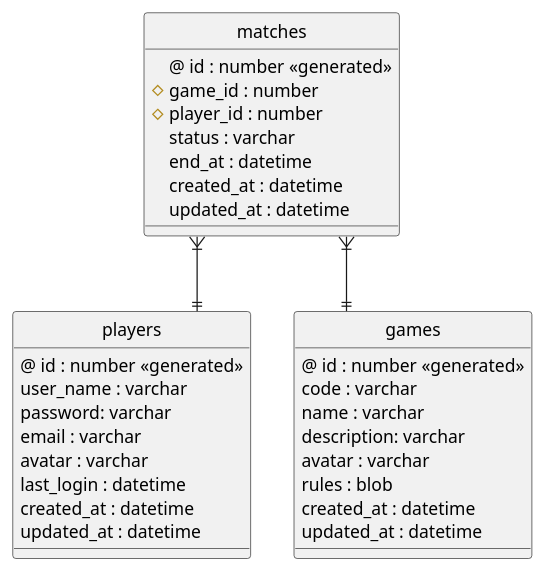
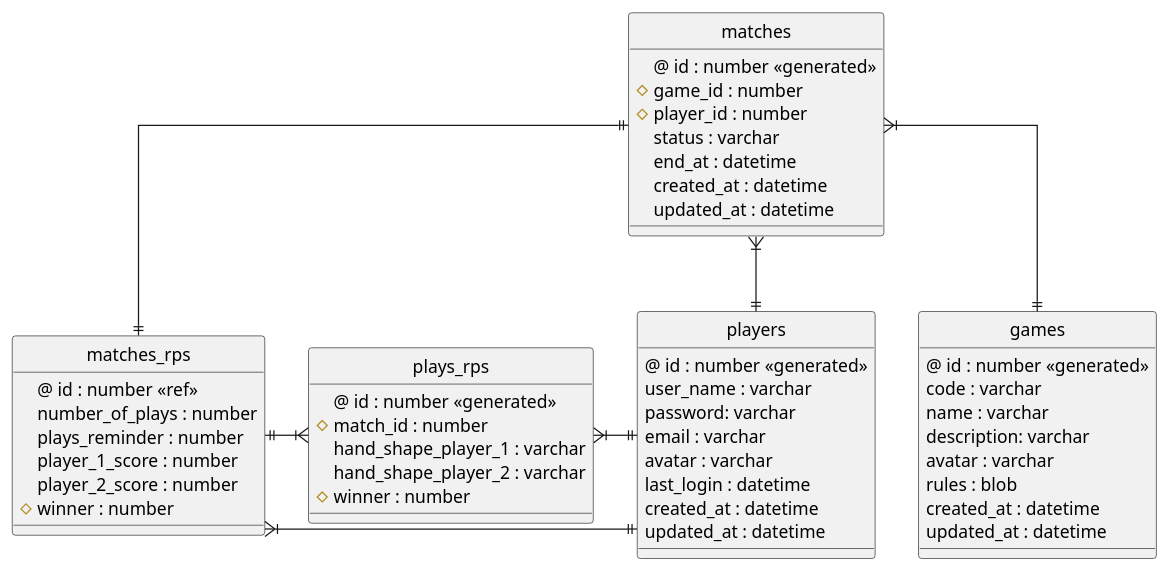
Before and after one commit to LeoLuiten/presentation: the diagram in docs/diagrams/model/der.puml, drawn with PlantUML. The commit also changed 11 other files, not shown here.

Commit message:
Added the RPS game support through entities, controller and MatchService's refactor. Implemented Factory pattern so to be able to extend the current development, so to support more games

```diff
--- a/docs/diagrams/model/der.puml
+++ b/docs/diagrams/model/der.puml
@@ -1,44 +1,65 @@
 @startuml
 
 ' hide the spot
 hide circle
 
 ' avoid problems with angled crows feet
 skinparam linetype ortho
 
 entity "players" {
     @ id : number <<generated>>
     user_name : varchar
     password: varchar
     email : varchar
     avatar : varchar
     last_login : datetime
     created_at : datetime
     updated_at : datetime
 }
 
 entity "games" {
     @ id : number <<generated>>
     code : varchar
     name : varchar
     description: varchar
     avatar : varchar
     rules : blob
     created_at : datetime
     updated_at : datetime
 }
 
 entity "matches" {
     @ id : number <<generated>>
     # game_id : number
     # player_id : number
     status : varchar
     end_at : datetime
     created_at : datetime
     updated_at : datetime
 }
 
+entity "matches_rps" {
+    @ id : number <<ref>>
+    number_of_plays : number
+    plays_reminder : number
+    player_1_score : number
+    player_2_score : number
+    # winner : number
+}
+
+entity "plays_rps" {
+    @ id : number <<generated>>
+    # match_id : number
+    hand_shape_player_1 : varchar
+    hand_shape_player_2 : varchar
+    # winner : number
+}
+
 matches }|--|| players
 matches }|--|| games
+matches ||-|| matches_rps
+matches_rps ||-|{ plays_rps
+matches_rps }|-|| players
+plays_rps }|-|| players
 
 @enduml
```
